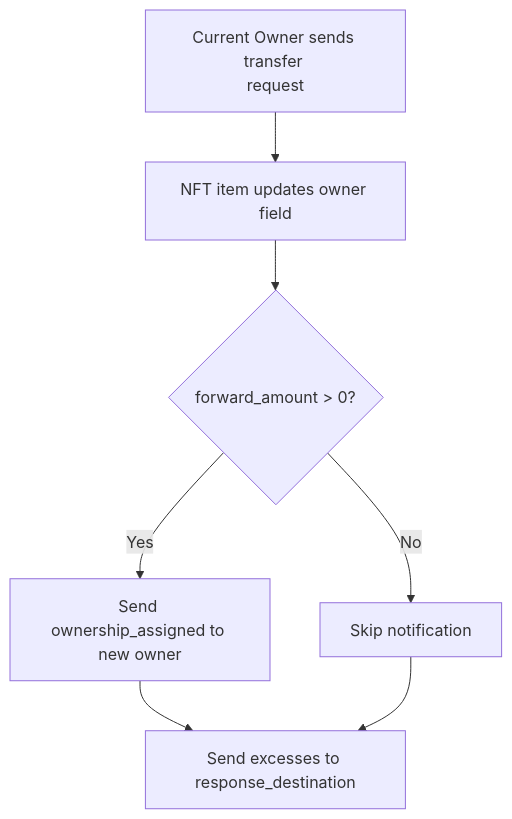
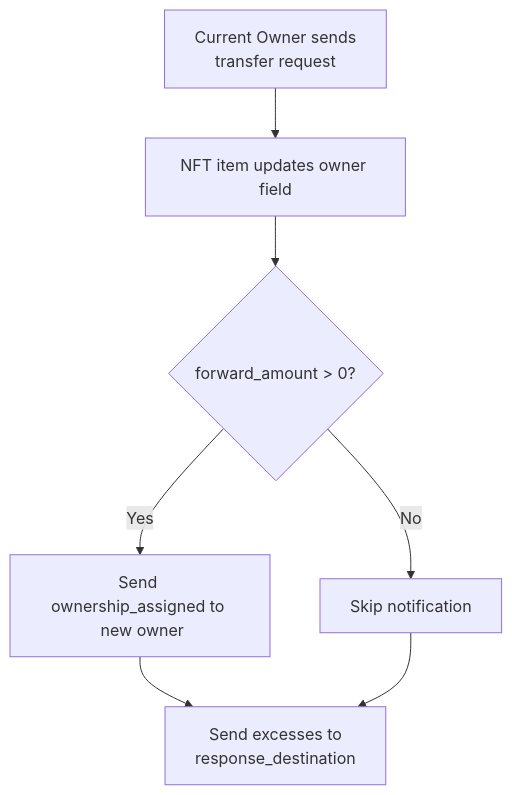
Before and after one commit to ton-org/docs: the diagram in standard/tokens/nft/how-it-works.mdx, drawn with Mermaid. The commit also changed other lines of this file and 4 other files, not shown here.

````diff
--- a/standard/tokens/nft/how-it-works.mdx
+++ b/standard/tokens/nft/how-it-works.mdx
@@ -44,9 +44,9 @@
 ```mermaid
 flowchart TD
-    A[Current Owner sends transfer \nrequest] --> B[NFT item updates owner field]
+    A[Current Owner sends<br/>transfer request] --> B[NFT item updates owner field]
     B --> C{forward_amount > 0?}
-    C -->|Yes| D[Send ownership_assigned to new owner]
+    C -->|Yes| D[Send ownership_assigned to <br/> new owner]
     C -->|No| E[Skip notification]
-    D --> F[Send excesses to response_destination]
+    D --> F[Send excesses to <br/> response_destination]
     E --> F
 ```
````
